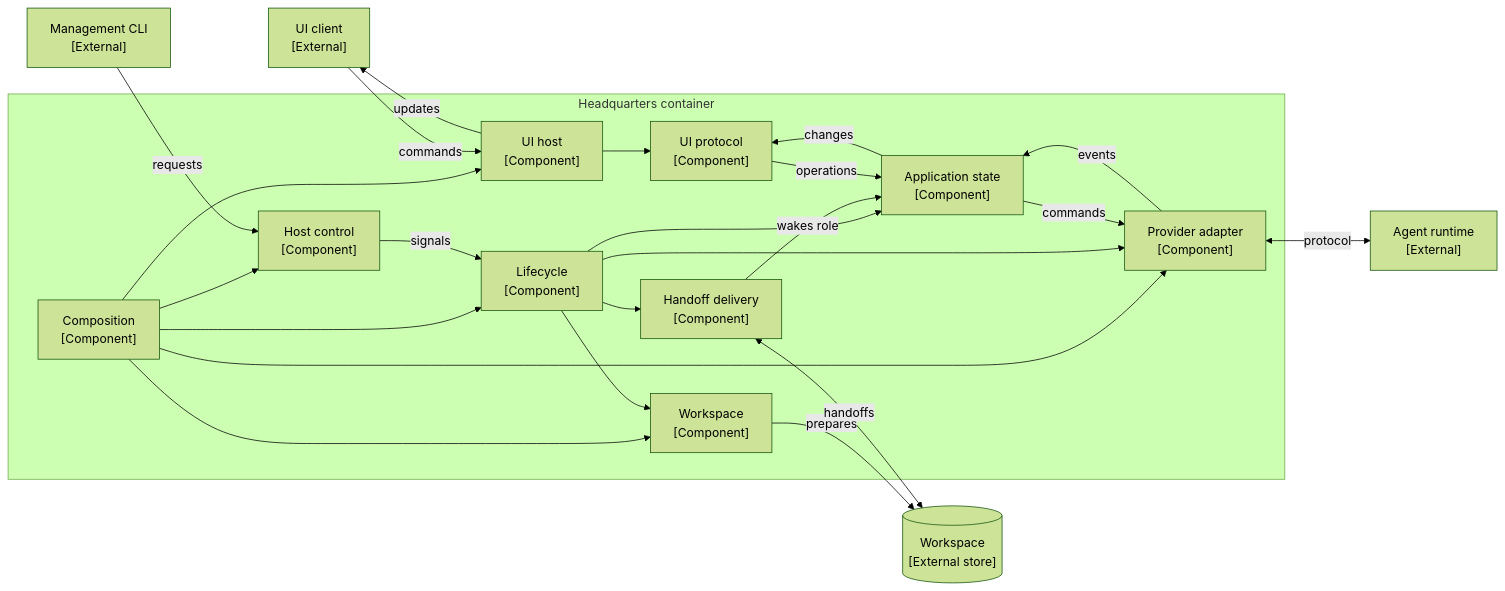
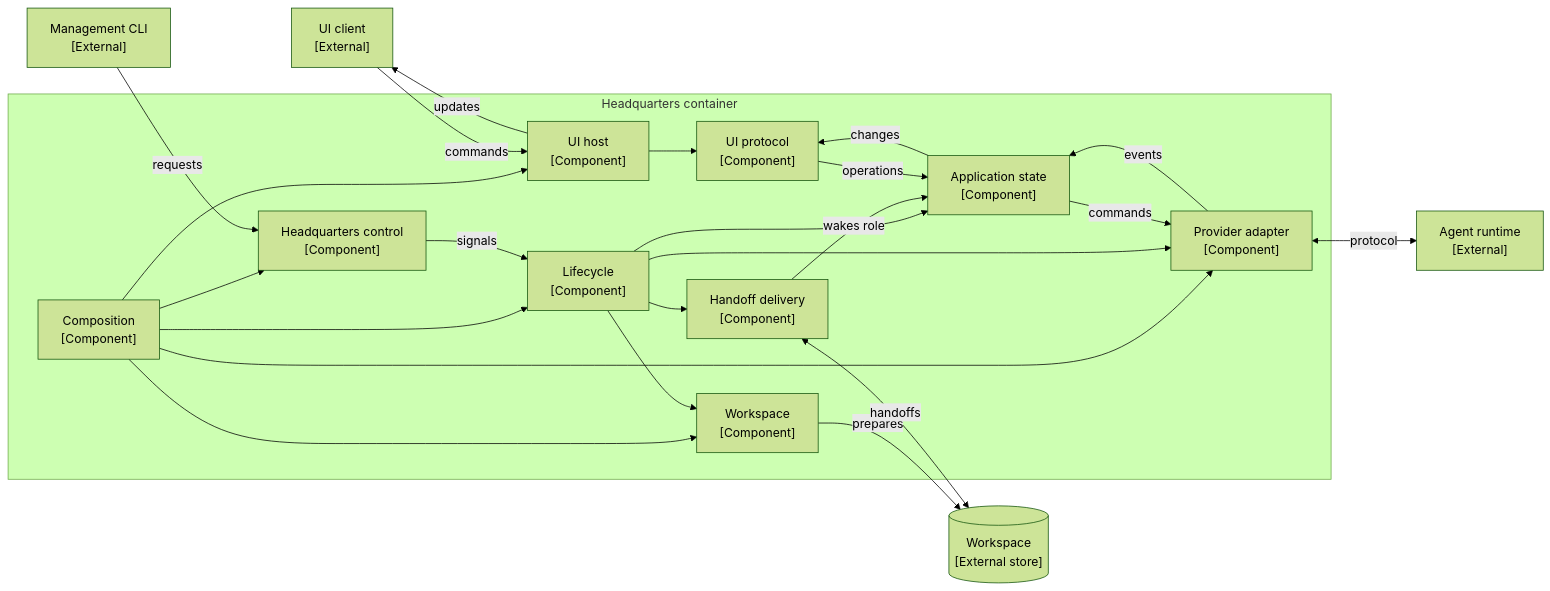
One commit to plainionist/BlaXquad changed the third of 5 diagrams in docs/manual/architecture.md. Above: the diagram before and after it, drawn with Mermaid (forest theme). The commit also changed other lines of this file and 37 other files, not shown here.

First line of the commit message:
Adopt Headquarters process-control terminology (Slice 4)

````diff
--- a/docs/manual/architecture.md
+++ b/docs/manual/architecture.md
@@ -138,42 +138,42 @@
 ```mermaid
 flowchart LR
   uiClient["UI client<br/>[External]"]
   controlClient["Management CLI<br/>[External]"]
   workspace[("Workspace<br/>[External store]")]
   providerRuntime["Agent runtime<br/>[External]"]
 
     subgraph headquarters["Headquarters container"]
     composition["Composition<br/>[Component]"]
     lifecycle["Lifecycle<br/>[Component]"]
     workspaceManager["Workspace<br/>[Component]"]
-    control["Host control<br/>[Component]"]
+    control["Headquarters control<br/>[Component]"]
     application["Application state<br/>[Component]"]
     delivery["Handoff delivery<br/>[Component]"]
     uiProtocol["UI protocol<br/>[Component]"]
     uiHost["UI host<br/>[Component]"]
     providerAdapter["Provider adapter<br/>[Component]"]
     end
 
     composition --> lifecycle
     composition --> workspaceManager
     composition --> control
     composition --> uiHost
     composition --> providerAdapter
     lifecycle --> application
     lifecycle --> delivery
     lifecycle --> providerAdapter
     lifecycle --> workspaceManager
     workspaceManager -->|"prepares"| workspace
     delivery <-->|"handoffs"| workspace
     delivery -->|"wakes role"| application
     application -->|"commands"| providerAdapter
     providerAdapter -->|"events"| application
     providerAdapter <-->|"protocol"| providerRuntime
     uiHost --> uiProtocol
     uiClient -->|"commands"| uiHost
     uiHost -->|"updates"| uiClient
     uiProtocol -->|"operations"| application
     application -->|"changes"| uiProtocol
     controlClient -->|"requests"| control
     control -->|"signals"| lifecycle
 ```
````
